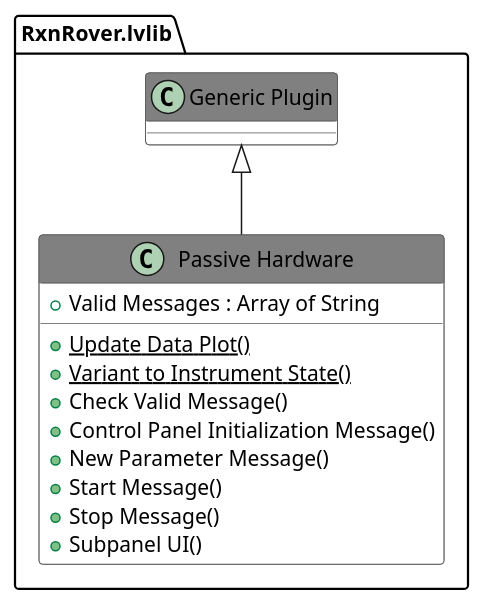
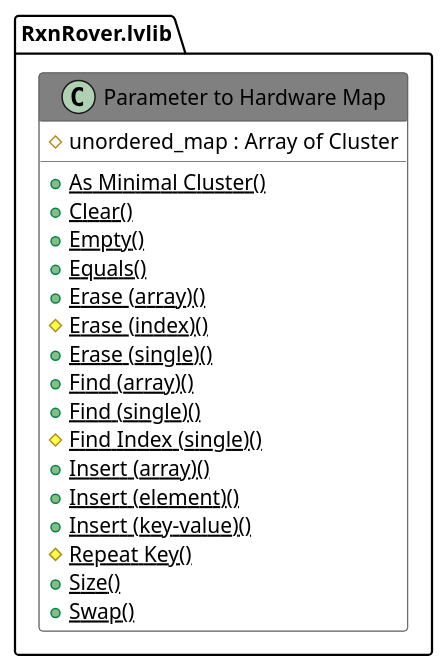
The diagram in docs/source/_static/api/Includes/018.adoc (RxnRover/RxnRover), drawn with PlantUML before and after one commit. The commit also changed other lines of this file and 18 other files, not shown here.

```diff
--- a/docs/source/_static/api/Includes/018.adoc
+++ b/docs/source/_static/api/Includes/018.adoc
@@ -10,28 +10,35 @@
 [plantuml, format="svg", align="center"]
 ....
 @startuml
 set namespaceSeparator :
 skinparam ClassBackgroundColor #FFFFFF
 skinparam ClassBorderColor #555555
 skinparam ClassFontColor #000000
 skinparam ClassHeaderBackgroundColor #808080
 
 skinparam top to bottom direction
-class "RxnRover.lvlib:Passive Hardware" {
-{field} +Valid Messages : Array of String
-{static} {method} +Update Data Plot()
-{static} {method} +Variant to Instrument State()
-{method} +Check Valid Message()
-{method} +Control Panel Initialization Message()
-{method} +New Parameter Message()
-{method} +Start Message()
-{method} +Stop Message()
-{method} +Subpanel UI()
+class "RxnRover.lvlib:Parameter to Hardware Map" {
+{field} #unordered_map : Array of Cluster
+{static} {method} +As Minimal Cluster()
+{static} {method} +Clear()
+{static} {method} +Empty()
+{static} {method} +Equals()
+{static} {method} +Erase (array)()
+{static} {method} #Erase (index)()
+{static} {method} +Erase (single)()
+{static} {method} +Find (array)()
+{static} {method} +Find (single)()
+{static} {method} #Find Index (single)()
+{static} {method} +Insert (array)()
+{static} {method} +Insert (element)()
+{static} {method} +Insert (key-value)()
+{static} {method} #Repeat Key()
+{static} {method} +Size()
+{static} {method} +Swap()
 
 }
-"RxnRover.lvlib:Generic Plugin" <|-- "RxnRover.lvlib:Passive Hardware"
 
 
 
 @enduml
 ....
```
